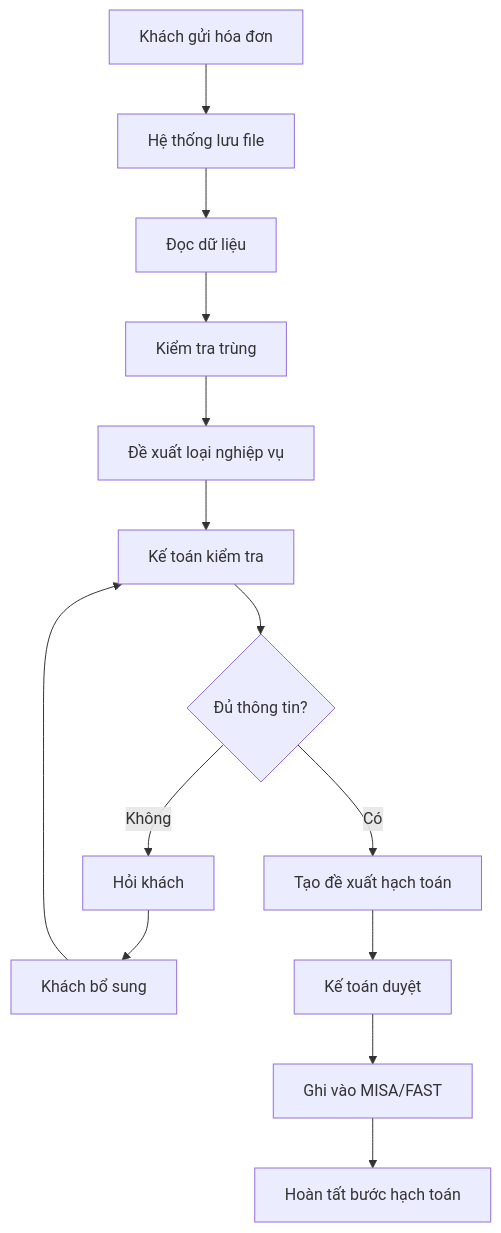
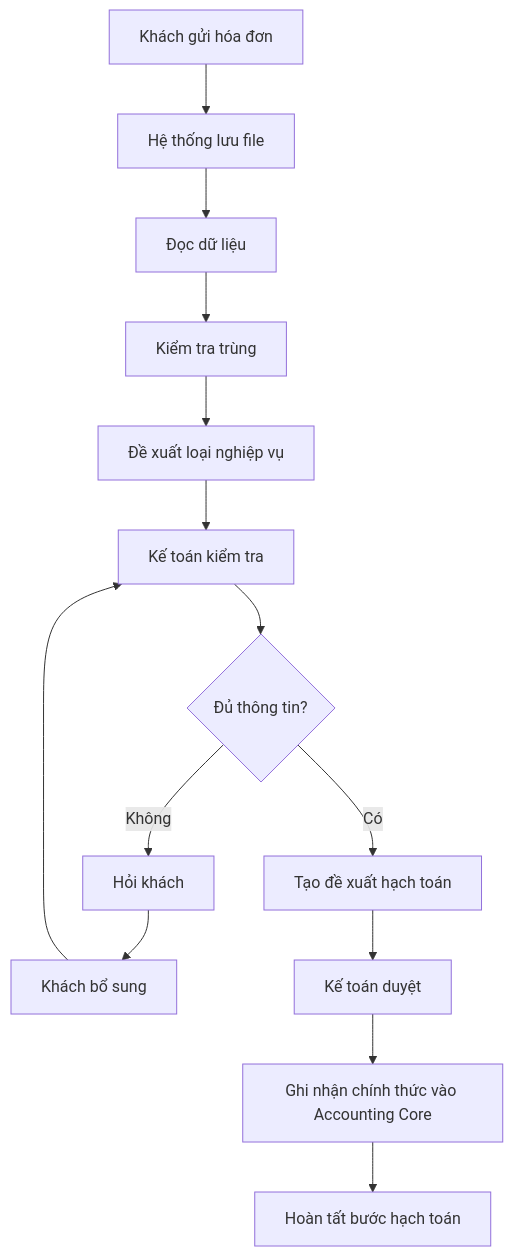
The third of 13 diagrams in tdd.md (huynv81/tomtax), drawn with Mermaid before and after one commit. The commit also changed other lines of this file, not shown here.

````diff
--- a/tdd.md
+++ b/tdd.md
@@ -336,18 +338,18 @@
 ```mermaid
 flowchart TD
     A[Khách gửi hóa đơn] --> B[Hệ thống lưu file]
     B --> C[Đọc dữ liệu]
     C --> D[Kiểm tra trùng]
     D --> E[Đề xuất loại nghiệp vụ]
     E --> F[Kế toán kiểm tra]
     F --> G{Đủ thông tin?}
 
     G -->|Không| H[Hỏi khách]
     H --> I[Khách bổ sung]
     I --> F
 
     G -->|Có| J[Tạo đề xuất hạch toán]
     J --> K[Kế toán duyệt]
-    K --> L[Ghi vào MISA/FAST]
+    K --> L[Ghi nhận chính thức vào Accounting Core]
     L --> M[Hoàn tất bước hạch toán]
 ```
````
